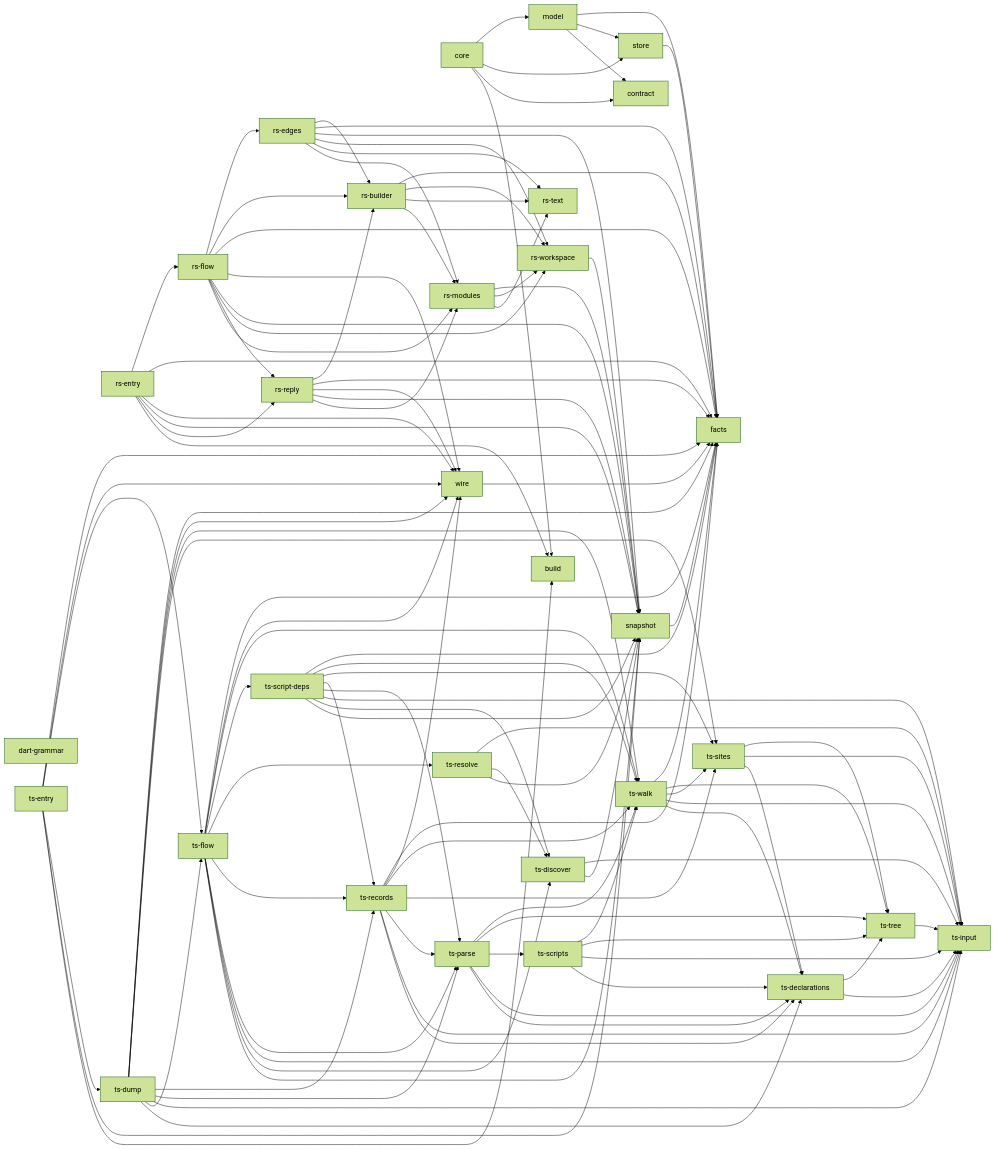
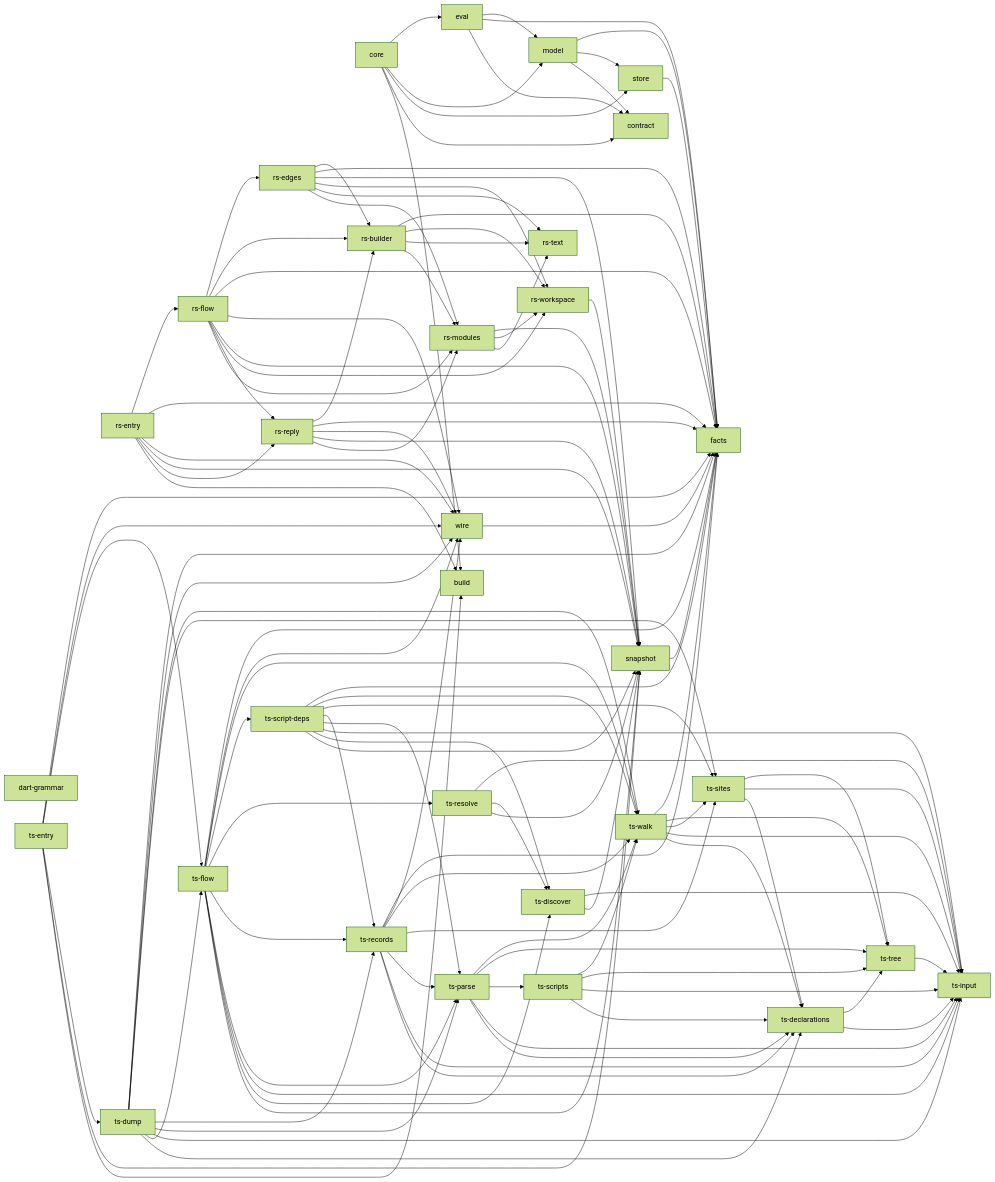
Before and after one commit to rapiddweller/archkeel: the diagram in docs/architecture/native.md, drawn with Mermaid (forest theme). The commit also changed 12 other files, not shown here.

````diff
--- a/docs/architecture/native.md
+++ b/docs/architecture/native.md
@@ -105,6 +105,7 @@
     n_28["ts-tree"]
     n_29["ts-walk"]
     n_30["wire"]
+    n_31["eval"]
     n_10 --> n_12
     n_10 --> n_13
     n_10 --> n_14
@@ -139,6 +140,7 @@
     n_2 --> n_1
     n_2 --> n_15
     n_2 --> n_5
+    n_2 --> n_31
     n_20 --> n_14
     n_20 --> n_17
     n_20 --> n_21
@@ -213,4 +215,7 @@
     n_9 --> n_4
     n_9 --> n_6
     n_9 --> n_7
+    n_31 --> n_1
+    n_31 --> n_4
+    n_31 --> n_5
 ```
````
